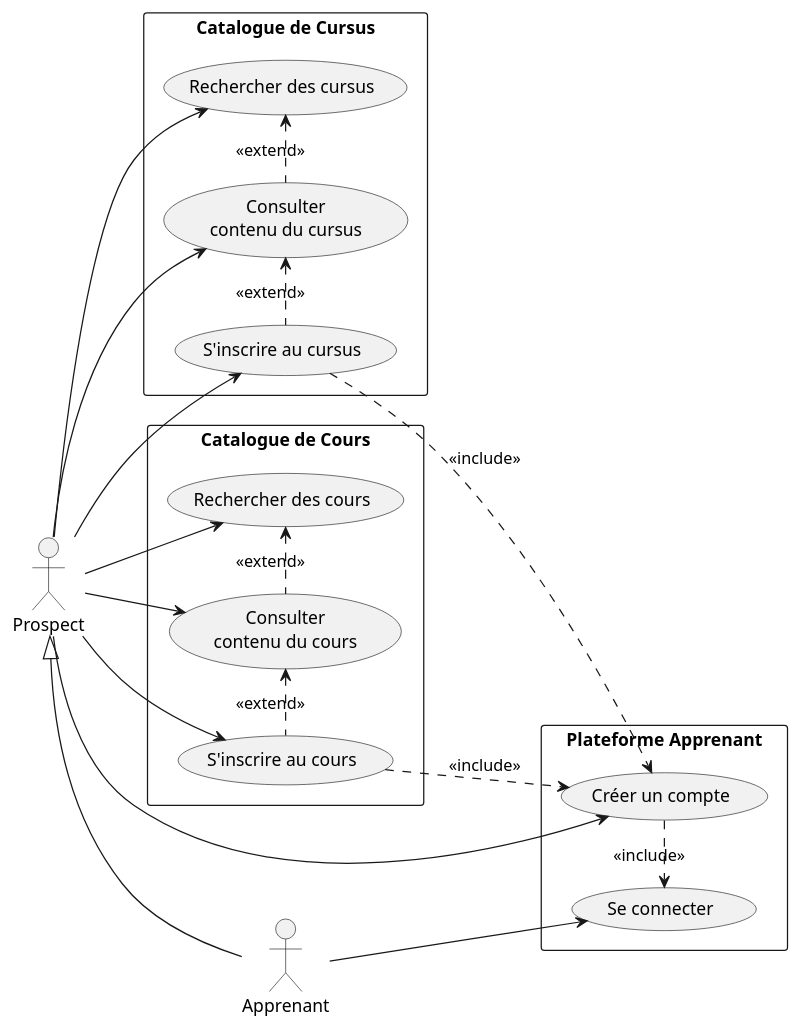
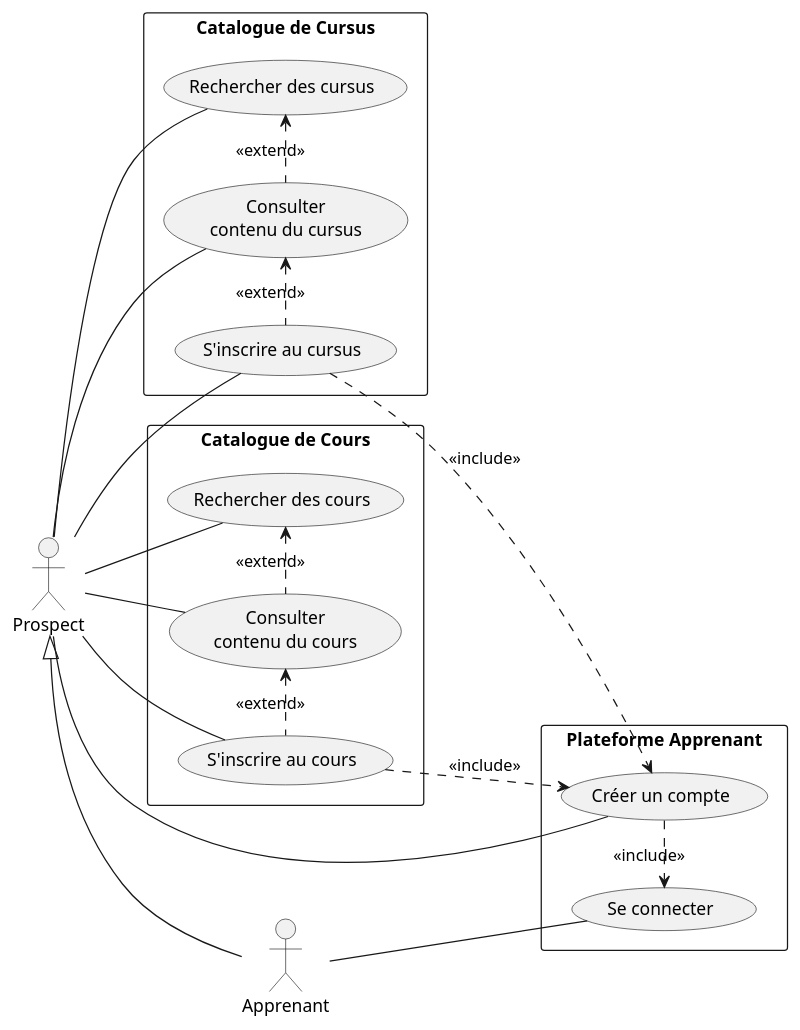
One commit to sebcourtois/cda-tunis-formation changed the diagram in conception/cas_utilisation_prospect.puml. Above: the diagram before and after it, drawn with PlantUML. The commit also changed 1 other file, not shown here.

```diff
--- a/conception/cas_utilisation_prospect.puml
+++ b/conception/cas_utilisation_prospect.puml
@@ -1,46 +1,46 @@
 @startuml
 left to right direction
 actor "Prospect" as prospect
 actor "Apprenant" as learner
 
 prospect <|-down- learner
 
 rectangle "Catalogue de Cursus" {
   usecase "Rechercher des cursus" as searchCursus
   usecase "Consulter\ncontenu du cursus" as viewCursus
   usecase "S'inscrire au cursus" as registerCursus
 }
 
-prospect --> searchCursus
-prospect --> viewCursus
-prospect --> registerCursus
+prospect -- searchCursus
+prospect -- viewCursus
+prospect -- registerCursus
 
 searchCursus <. viewCursus: <<extend>>
 viewCursus <. registerCursus: <<extend>>
 
 rectangle "Catalogue de Cours" {
   usecase "Rechercher des cours" as searchLesson
   usecase "Consulter\ncontenu du cours" as viewLesson
   usecase "S'inscrire au cours" as registerLesson
 }
 
-prospect --> searchLesson
-prospect --> viewLesson
-prospect --> registerLesson
+prospect -- searchLesson
+prospect -- viewLesson
+prospect -- registerLesson
 
 searchLesson <. viewLesson: <<extend>>
 viewLesson <. registerLesson: <<extend>>
 
 rectangle "Plateforme Apprenant" {
   usecase "Créer un compte" as signUp
   usecase "Se connecter" as logIn
 }
 
-prospect --> signUp
-learner --> logIn
+prospect -- signUp
+learner -- logIn
 
 registerCursus ..> signUp: <<include>>
 registerLesson ..> signUp: <<include>>
 signUp .> logIn: <<include>>
 
 @enduml
```
